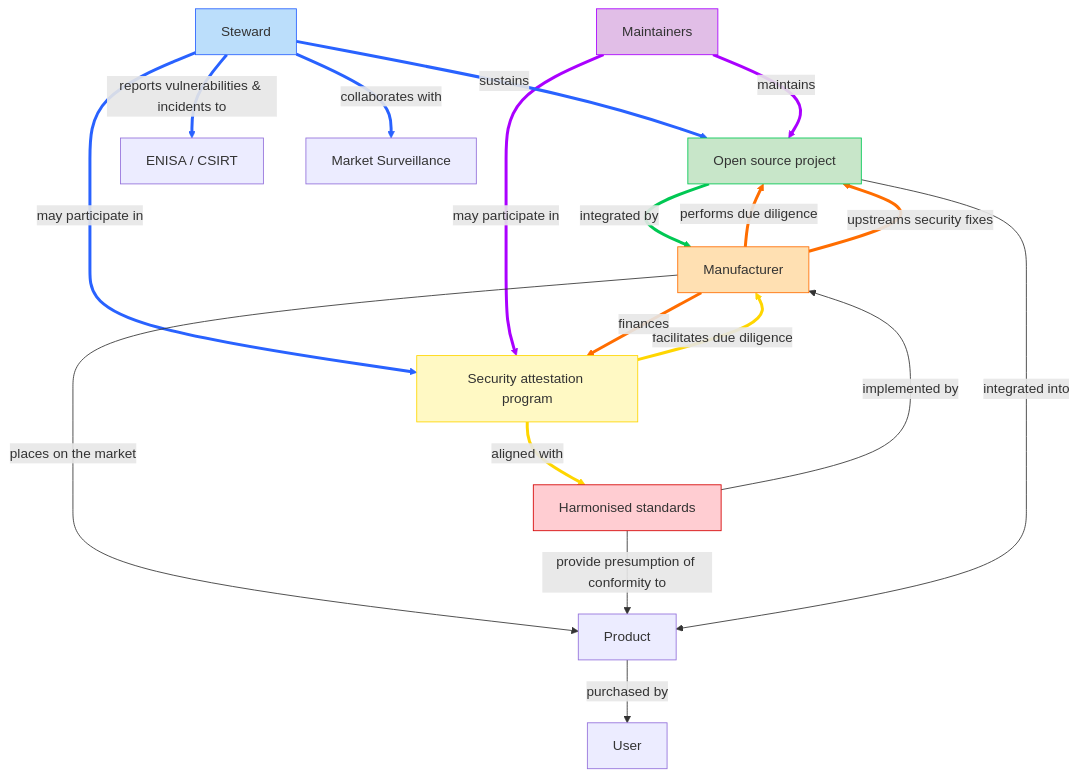
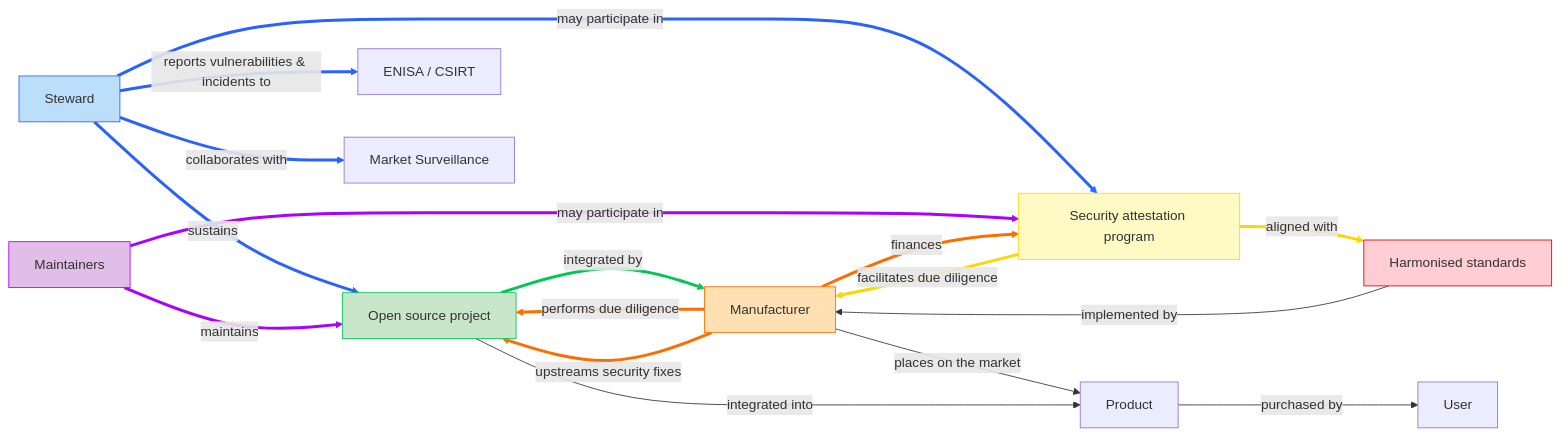
The first of 2 diagrams in cyber-resilience-sig/README.md (orcwg/orcwg), drawn with Mermaid before and after one commit.

Commit message:
And again

````diff
--- a/cyber-resilience-sig/README.md
+++ b/cyber-resilience-sig/README.md
@@ -18,37 +18,36 @@
 ```mermaid
-flowchart
+flowchart LR
     foss["Open source project"] == integrated by ==> manufacturer["Manufacturer"] 
     manufacturer == performs due diligence ==> foss
     steward["Steward"] == reports vulnerabilities & incidents to ==> enisa["ENISA / CSIRT"]
     steward == collaborates with ==> msa["Market Surveillance"]
     attest["Security attestation program"] == facilitates due diligence ==> manufacturer
     steward == may participate in ==> attest
     maintainers["Maintainers"] == may participate in ==> attest
     manufacturer == finances ==> attest
     steward == sustains ==> foss
     maintainers == maintains ==> foss
     manufacturer == upstreams security fixes ==> foss
     manufacturer -- places on the market --> product["Product"]
     attest == aligned with ==> standards["Harmonised standards"] 
     standards -- implemented by --> manufacturer
-    standards -- provide presumption of conformity to --> product
     foss -- integrated into --> product
     product -- purchased by --> user["User"]
     
     style steward fill:#BBDEFB,stroke:#2962FF
     linkStyle 2,3,5,8 stroke:#2962FF,fill:none
 
     style manufacturer stroke:#FF6D00,fill:#FFE0B2
     linkStyle 1,7,10 stroke:#FF6D00,fill:none
 
     style foss fill:#C8E6C9,stroke:#00C853
     linkStyle 0 stroke:#00C853,fill:none
 
     style maintainers fill:#E1BEE7,stroke:#AA00FF
     linkStyle 6,9 stroke:#AA00FF,fill:none
 
     style attest fill:#FFF9C4,stroke:#FFD600
     linkStyle 4,12 stroke:#FFD600,fill:none
  
     style standards fill:#FFCDD2,stroke:#D50000
 ```
````
